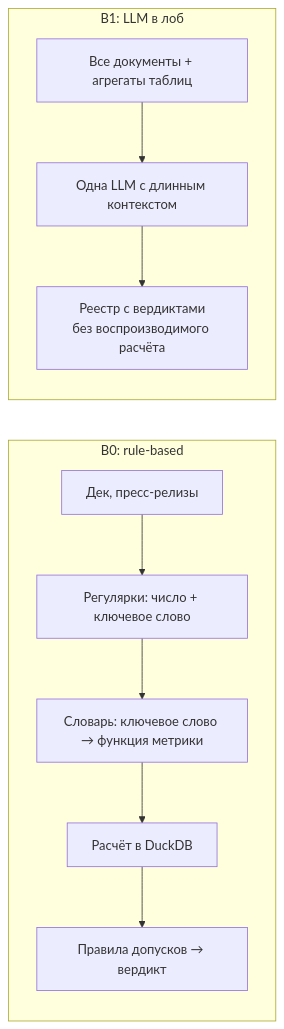
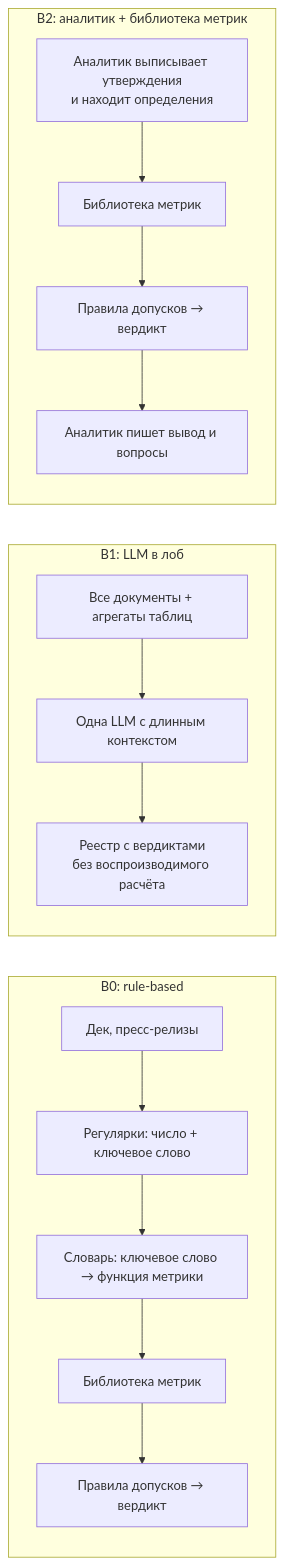
One commit to gumaonelove/itmo-mlsd changed the third of 4 diagrams in docs/ml_system_design_doc.md. Above: the diagram before and after it, drawn with Mermaid. The commit also changed other lines of this file and 5 other files, not shown here.

````diff
--- a/docs/ml_system_design_doc.md
+++ b/docs/ml_system_design_doc.md
@@ -352,15 +441,21 @@
 ```mermaid
 flowchart LR
     subgraph B0["B0: rule-based"]
         direction TB
         a1["Дек, пресс-релизы"] --> a2["Регулярки: число + ключевое слово"]
         a2 --> a3["Словарь: ключевое слово → функция метрики"]
-        a3 --> a4["Расчёт в DuckDB"]
+        a3 --> a4["Библиотека метрик"]
         a4 --> a5["Правила допусков → вердикт"]
     end
     subgraph B1["B1: LLM в лоб"]
         direction TB
         b1["Все документы + агрегаты таблиц"] --> b2["Одна LLM с длинным контекстом"]
         b2 --> b3["Реестр с вердиктами<br/>без воспроизводимого расчёта"]
     end
+    subgraph B2["B2: аналитик + библиотека метрик"]
+        direction TB
+        c1["Аналитик выписывает утверждения<br/>и находит определения"] --> c2["Библиотека метрик"]
+        c2 --> c3["Правила допусков → вердикт"]
+        c3 --> c4["Аналитик пишет вывод и вопросы"]
+    end
 ```
````
